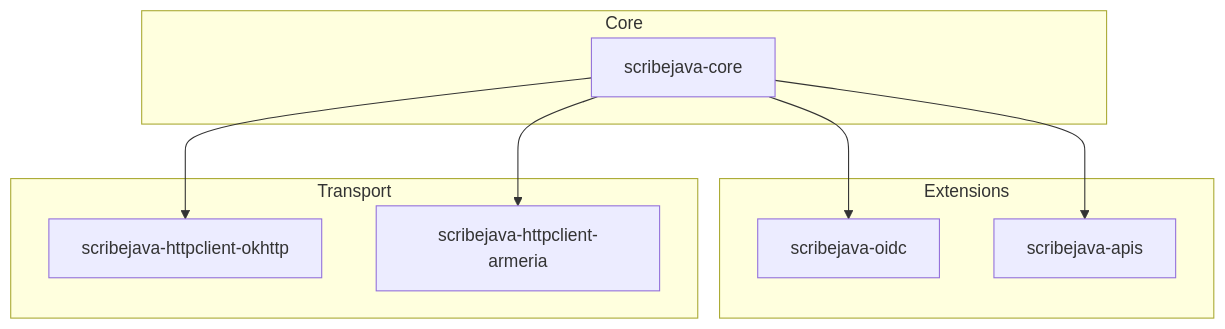
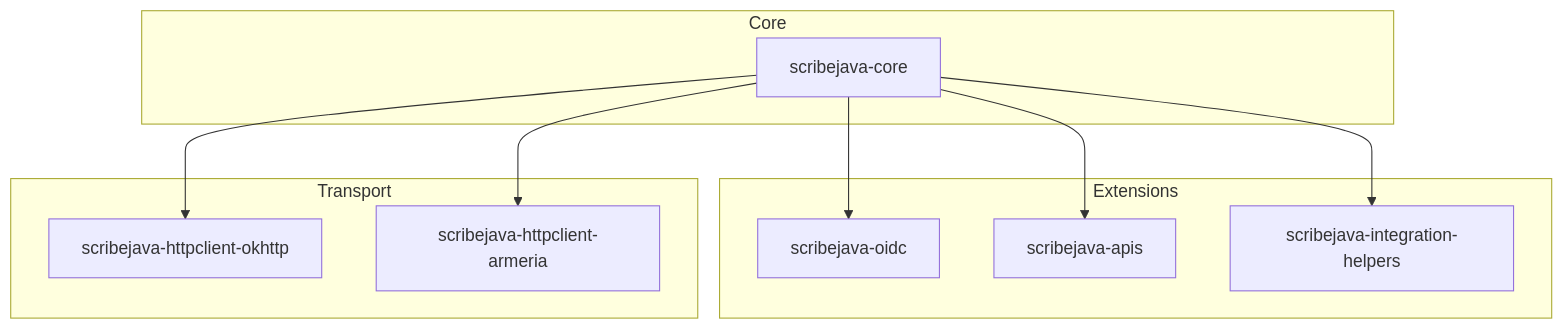
One commit to Q300Z/scribejava changed the diagram in README.md. Above: the diagram before and after it, drawn with Mermaid. The commit also changed other lines of this file and 10 other files, not shown here.

Commit message:
feat: ajouter le module scribejava-integration-helpers (Auto-refresh, Storage, CSRF)

````diff
--- a/README.md
+++ b/README.md
@@ -44,14 +44,15 @@
 ```mermaid
 graph TD
     subgraph Core
         C[scribejava-core]
     end
     subgraph Extensions
         C --> O[scribejava-oidc]
         C --> A[scribejava-apis]
+        C --> I[scribejava-integration-helpers]
     end
     subgraph Transport
         C --> H1[scribejava-httpclient-okhttp]
         C --> H2[scribejava-httpclient-armeria]
     end
 ```
````
